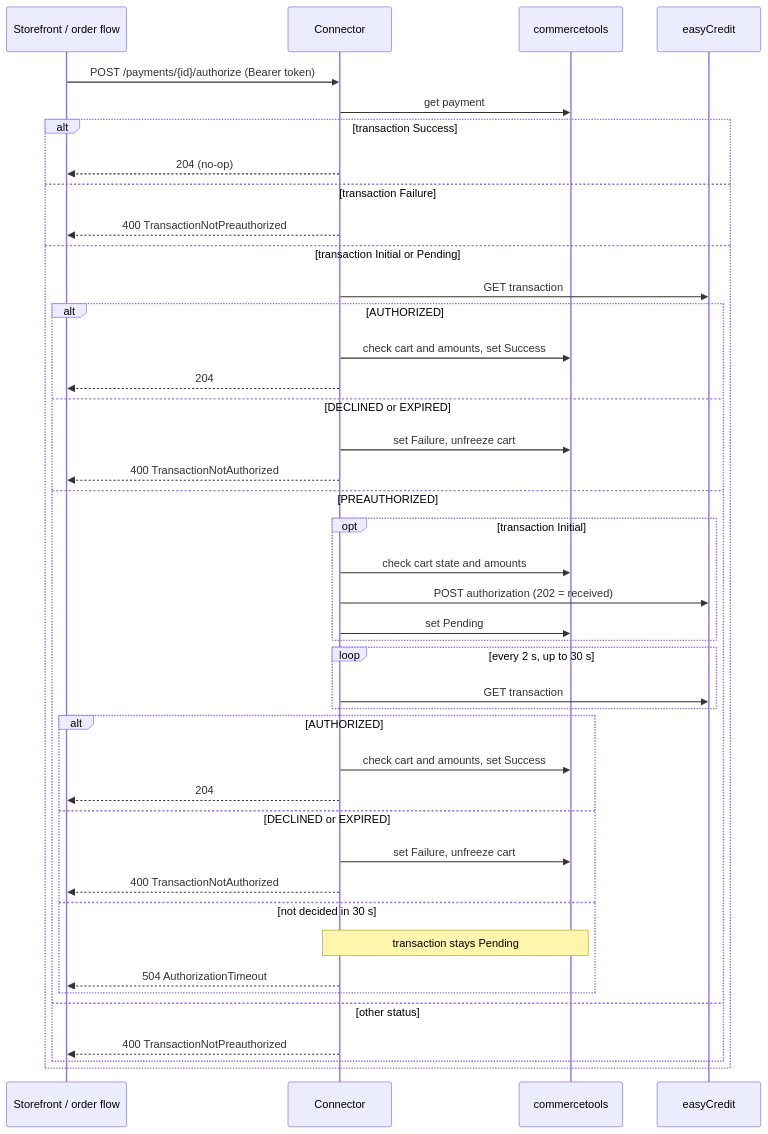
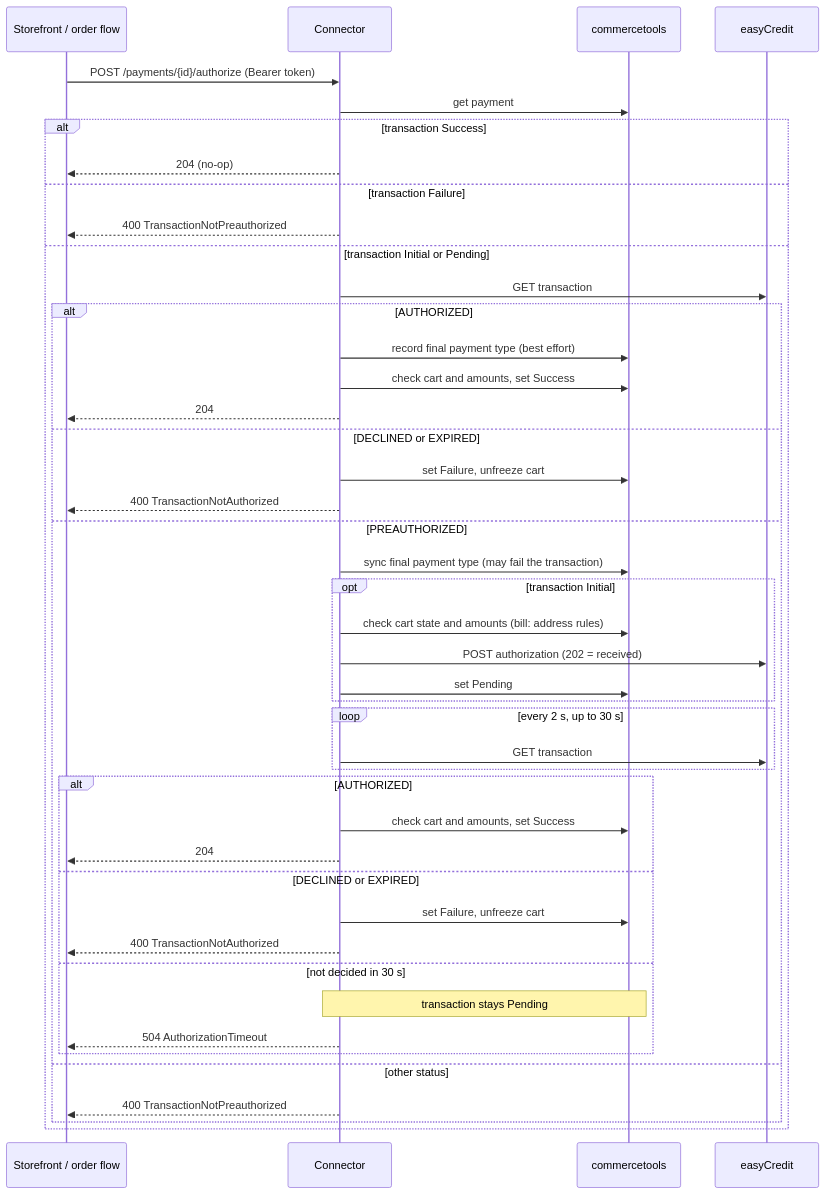
The diagram in docs/AuthorizePayment.md (SHOPMACHER/easy-credit-commercetools-connector), drawn with Mermaid before and after one commit. The commit also changed other lines of this file and 17 other files, not shown here.

````diff
--- a/docs/AuthorizePayment.md
+++ b/docs/AuthorizePayment.md
@@ -49,45 +53,47 @@
 ```mermaid
 sequenceDiagram
     participant S as Storefront / order flow
     participant C as Connector
     participant CT as commercetools
     participant EC as easyCredit
 
     S->>C: POST /payments/{id}/authorize (Bearer token)
     C->>CT: get payment
     alt transaction Success
         C-->>S: 204 (no-op)
     else transaction Failure
         C-->>S: 400 TransactionNotPreauthorized
     else transaction Initial or Pending
         C->>EC: GET transaction
         alt AUTHORIZED
+            C->>CT: record final payment type (best effort)
             C->>CT: check cart and amounts, set Success
             C-->>S: 204
         else DECLINED or EXPIRED
             C->>CT: set Failure, unfreeze cart
             C-->>S: 400 TransactionNotAuthorized
         else PREAUTHORIZED
+            C->>CT: sync final payment type (may fail the transaction)
             opt transaction Initial
-                C->>CT: check cart state and amounts
+                C->>CT: check cart state and amounts (bill: address rules)
                 C->>EC: POST authorization (202 = received)
                 C->>CT: set Pending
             end
             loop every 2 s, up to 30 s
                 C->>EC: GET transaction
             end
             alt AUTHORIZED
                 C->>CT: check cart and amounts, set Success
                 C-->>S: 204
             else DECLINED or EXPIRED
                 C->>CT: set Failure, unfreeze cart
                 C-->>S: 400 TransactionNotAuthorized
             else not decided in 30 s
                 Note over C,CT: transaction stays Pending
                 C-->>S: 504 AuthorizationTimeout
             end
         else other status
             C-->>S: 400 TransactionNotPreauthorized
         end
     end
 ```
````
